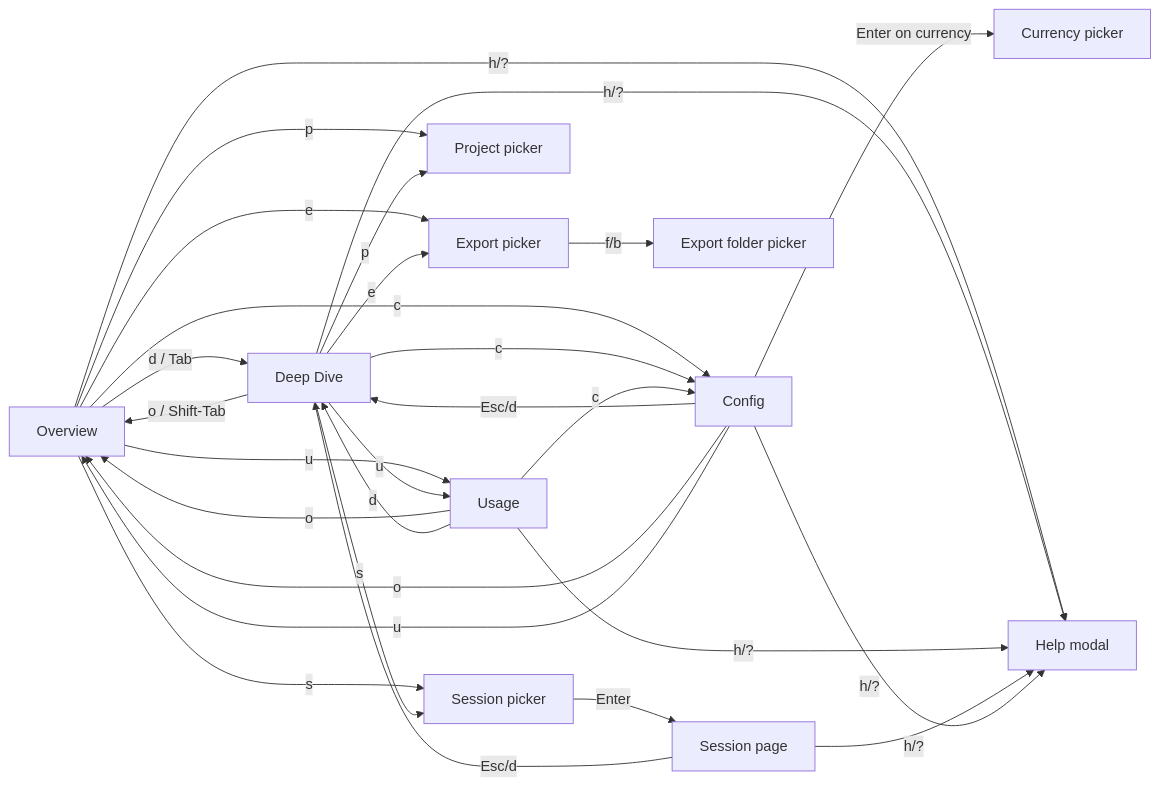
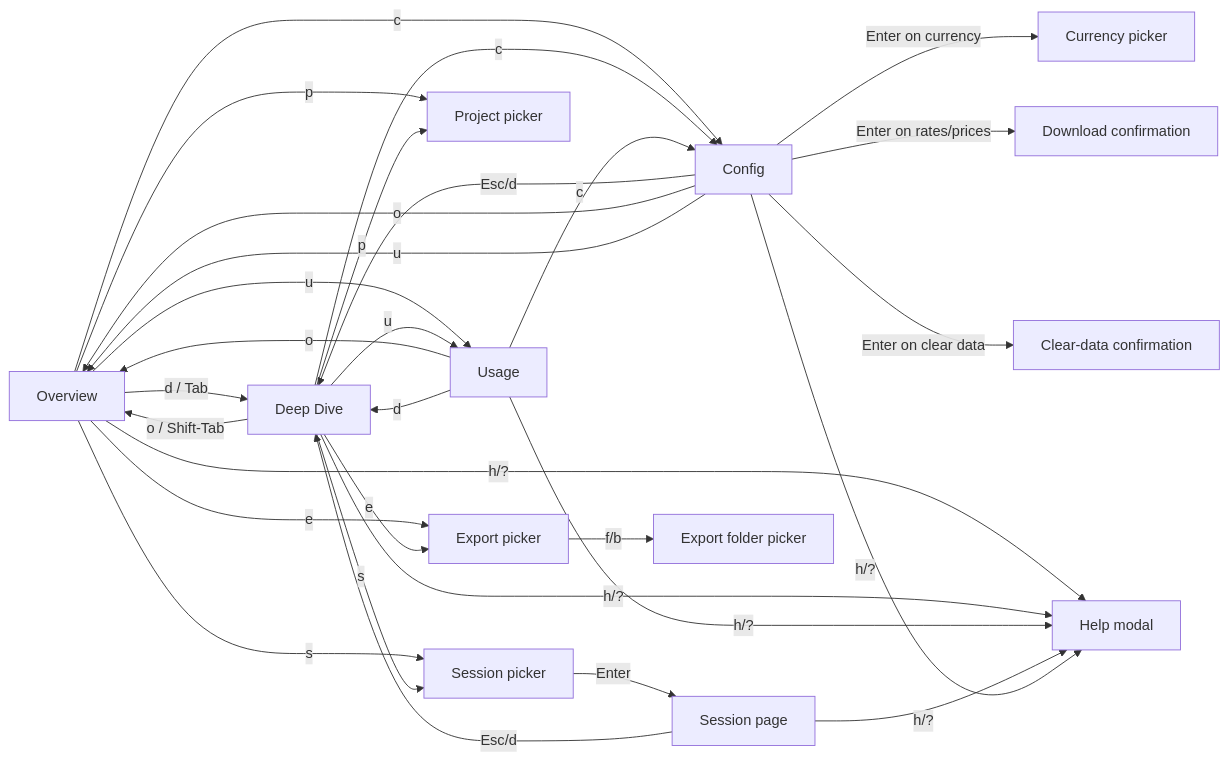
Before and after one commit to russmckendrick/tokenuse: the third of 4 diagrams in docs/development/architecture.md, drawn with Mermaid. The commit also changed other lines of this file and 14 other files, not shown here.

First line of the commit message:
✨ feat(config): add clear-data rebuild flow

````diff
--- a/docs/development/architecture.md
+++ b/docs/development/architecture.md
@@ -93,30 +95,32 @@
 ```mermaid
 flowchart LR
     O[Overview] -- d / Tab --> DD[Deep Dive]
     O -- u --> U[Usage]
     O -- c --> Cfg[Config]
     O -- s --> SP[Session picker]
     SP -- Enter --> Sess[Session page]
     DD -- o / Shift-Tab --> O
     DD -- u --> U
     DD -- s --> SP
     DD -- c --> Cfg
     U -- o --> O
     U -- d --> DD
     U -- c --> Cfg
     Cfg -- Esc/d --> DD
     Cfg -- o --> O
     Cfg -- u --> O
     Sess -- Esc/d --> DD
     O -- p --> Pick[Project picker]
     DD -- p --> Pick
     O -- e --> Exp[Export picker]
     DD -- e --> Exp
     Exp -- f/b --> FPick[Export folder picker]
     Cfg -- Enter on currency --> Curr[Currency picker]
+    Cfg -- Enter on rates/prices --> DL[Download confirmation]
+    Cfg -- Enter on clear data --> Clear[Clear-data confirmation]
     O -- h/? --> Help[Help modal]
     DD -- h/? --> Help
     U -- h/? --> Help
     Sess -- h/? --> Help
     Cfg -- h/? --> Help
 ```
````
